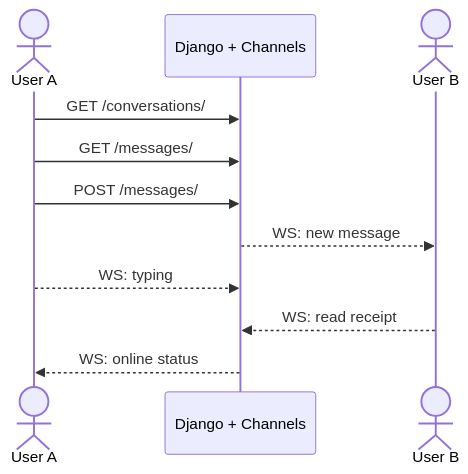
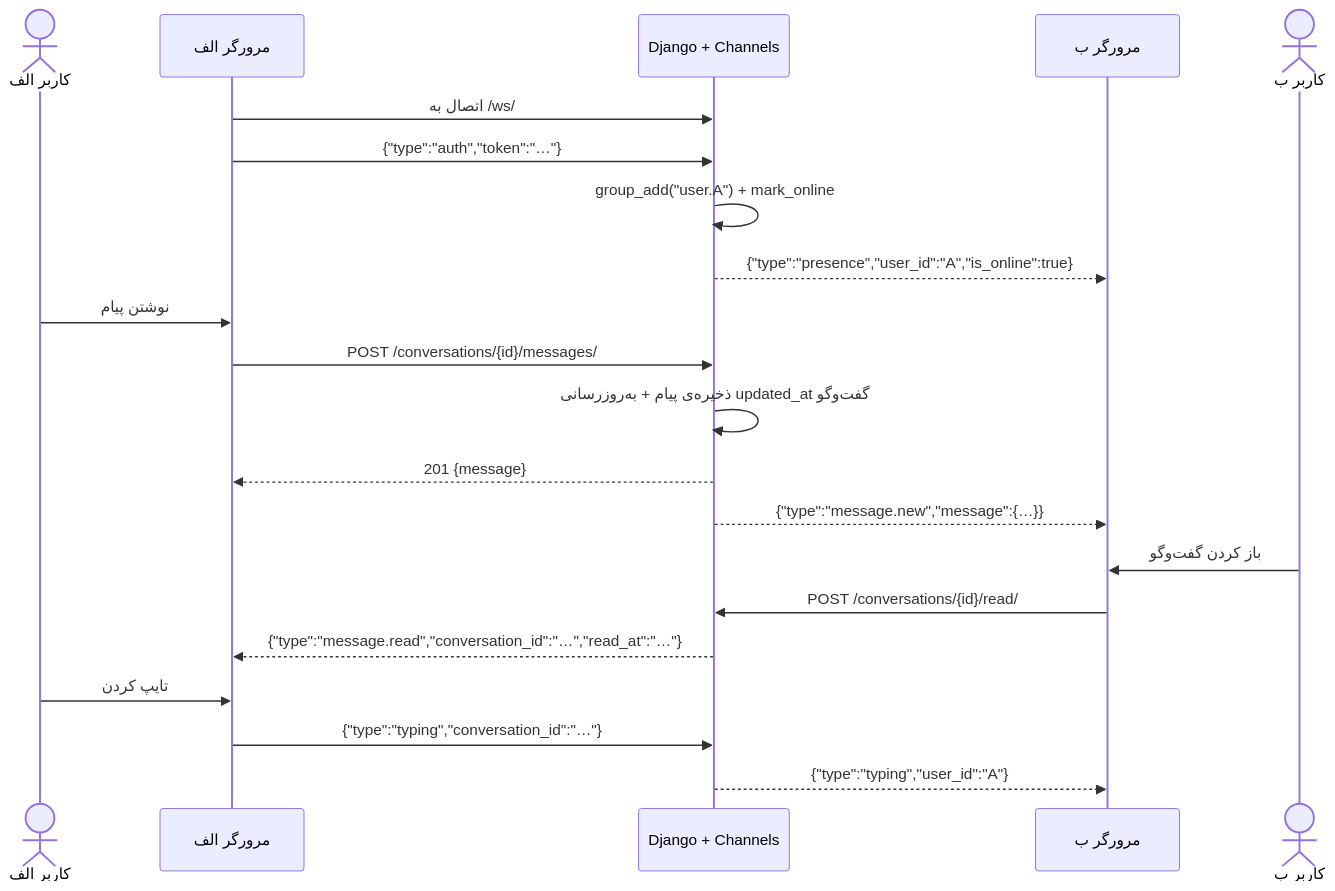
The tenth of 13 diagrams in documentation/05-sequence-diagrams.md (elmkhah/rorschach), drawn with Mermaid before and after one commit. The commit also changed other lines of this file and 23 other files, not shown here.

````diff
--- a/documentation/05-sequence-diagrams.md
+++ b/documentation/05-sequence-diagrams.md
@@ -209,14 +290,27 @@
 ```mermaid
 sequenceDiagram
-    actor A as User A
+    actor A as کاربر الف
+    participant FE_A as مرورگر الف
     participant BE as Django + Channels
-    actor B as User B
+    participant FE_B as مرورگر ب
+    actor B as کاربر ب
 
-    A->>BE: GET /conversations/
-    A->>BE: GET /messages/
-    A->>BE: POST /messages/
-    BE-->>B: WS: new message
-    A-->>BE: WS: typing
-    B-->>BE: WS: read receipt
-    BE-->>A: WS: online status
+    FE_A->>BE: اتصال به /ws/
+    FE_A->>BE: {"type":"auth","token":"…"}
+    BE->>BE: group_add("user.A") + mark_online
+    BE-->>FE_B: {"type":"presence","user_id":"A","is_online":true}
+
+    A->>FE_A: نوشتن پیام
+    FE_A->>BE: POST /conversations/{id}/messages/
+    BE->>BE: ذخیره‌ی پیام + به‌روزرسانی updated_at گفت‌وگو
+    BE-->>FE_A: 201 {message}
+    BE-->>FE_B: {"type":"message.new","message":{…}}
+
+    B->>FE_B: باز کردن گفت‌وگو
+    FE_B->>BE: POST /conversations/{id}/read/
+    BE-->>FE_A: {"type":"message.read","conversation_id":"…","read_at":"…"}
+
+    A->>FE_A: تایپ کردن
+    FE_A->>BE: {"type":"typing","conversation_id":"…"}
+    BE-->>FE_B: {"type":"typing","user_id":"A"}
 ```
````
